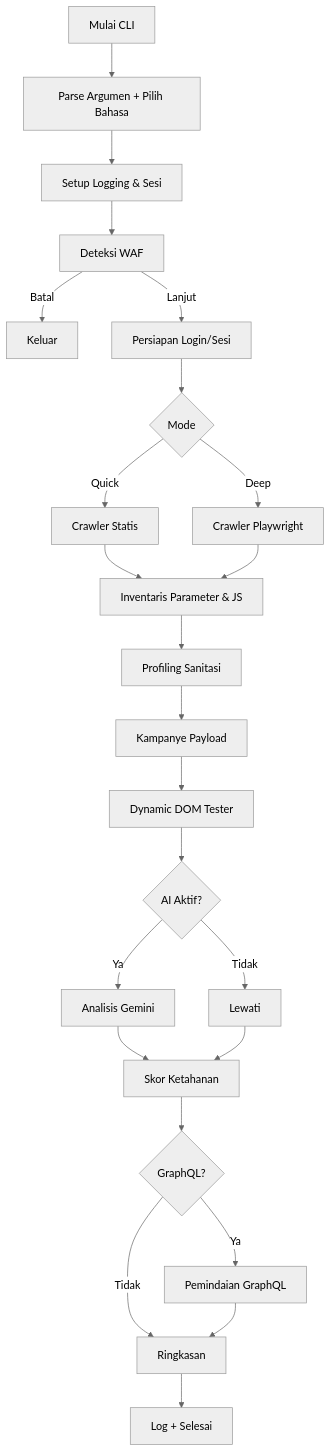
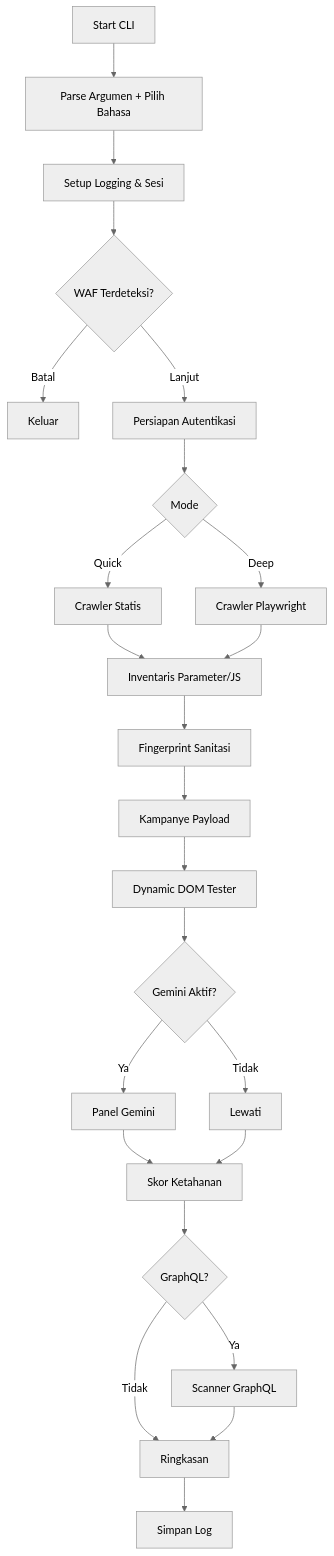
The second of 2 diagrams in README.md (merdekasiberlab/xsscanner), drawn with Mermaid (neutral theme) before and after one commit. The commit also changed other lines of this file, not shown here.

````diff
--- a/README.md
+++ b/README.md
@@ -358,26 +355,26 @@
 ```mermaid
 flowchart TD
-    A[Mulai CLI] --> B[Parse Argumen + Pilih Bahasa]
+    A[Start CLI] --> B[Parse Argumen + Pilih Bahasa]
     B --> C[Setup Logging & Sesi]
-    C --> D[Deteksi WAF]
+    C --> D{WAF Terdeteksi?}
     D -->|Batal| Z[Keluar]
-    D -->|Lanjut| E[Persiapan Login/Sesi]
+    D -->|Lanjut| E[Persiapan Autentikasi]
     E --> F{Mode}
     F -->|Quick| G[Crawler Statis]
     F -->|Deep| H[Crawler Playwright]
-    G --> I[Inventaris Parameter & JS]
+    G --> I[Inventaris Parameter/JS]
     H --> I
-    I --> J[Profiling Sanitasi]
+    I --> J[Fingerprint Sanitasi]
     J --> K[Kampanye Payload]
     K --> L[Dynamic DOM Tester]
-    L --> M{AI Aktif?}
-    M -->|Ya| N[Analisis Gemini]
+    L --> M{Gemini Aktif?}
+    M -->|Ya| N[Panel Gemini]
     M -->|Tidak| O[Lewati]
     N --> P[Skor Ketahanan]
     O --> P
     P --> Q{GraphQL?}
-    Q -->|Ya| R[Pemindaian GraphQL]
+    Q -->|Ya| R[Scanner GraphQL]
     Q -->|Tidak| S[Ringkasan]
     R --> S
-    S --> T[Log + Selesai]
+    S --> T[Simpan Log]
 ```
````
